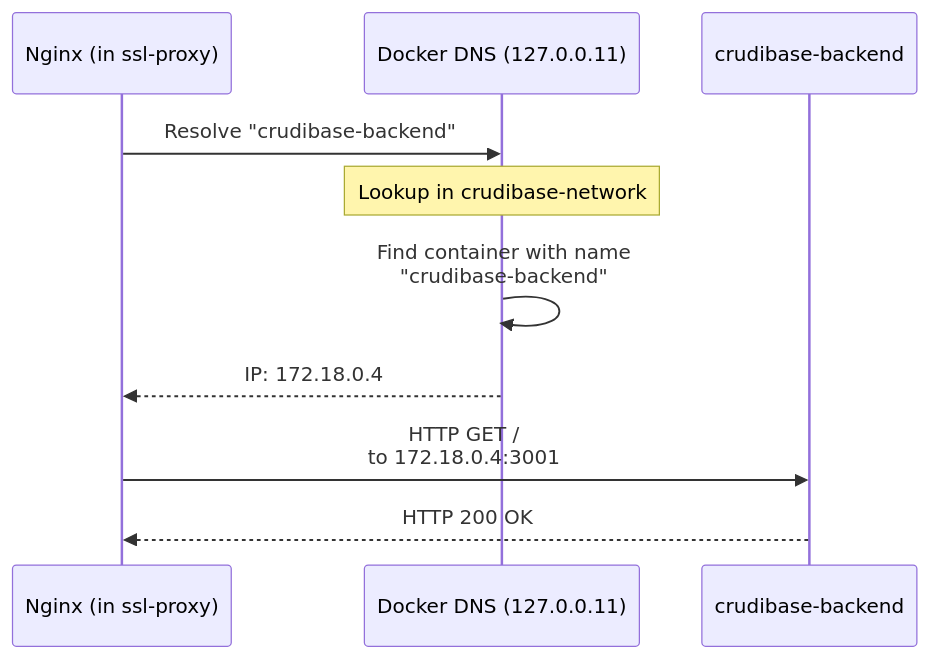
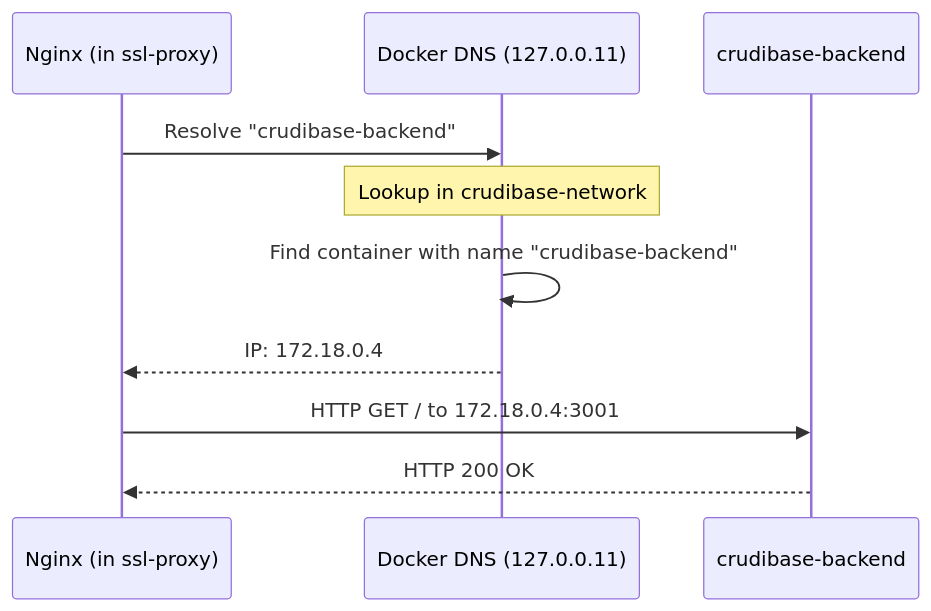
The third of 9 diagrams in wiki/Network-Architecture.md (softwarewrighter/ssl-proxy-for-do), drawn with Mermaid before and after one commit. The commit also changed other lines of this file and 3 other files, not shown here.

First line of the commit message:
Remove all remaining br tags from sequence diagrams

````diff
--- a/wiki/Network-Architecture.md
+++ b/wiki/Network-Architecture.md
@@ -220,15 +220,15 @@
 ```mermaid
 sequenceDiagram
     participant Nginx as Nginx (in ssl-proxy)
     participant DNS as Docker DNS (127.0.0.11)
     participant Backend as crudibase-backend
 
     Nginx->>DNS: Resolve "crudibase-backend"
-    Note over DNS: Lookup in crudibase-network
+ Note over DNS: Lookup in crudibase-network
 
-    DNS->>DNS: Find container with name<br/>"crudibase-backend"
+    DNS->>DNS: Find container with name "crudibase-backend"
     DNS-->>Nginx: IP: 172.18.0.4
 
-    Nginx->>Backend: HTTP GET /<br/>to 172.18.0.4:3001
+    Nginx->>Backend: HTTP GET / to 172.18.0.4:3001
     Backend-->>Nginx: HTTP 200 OK
 ```
````
